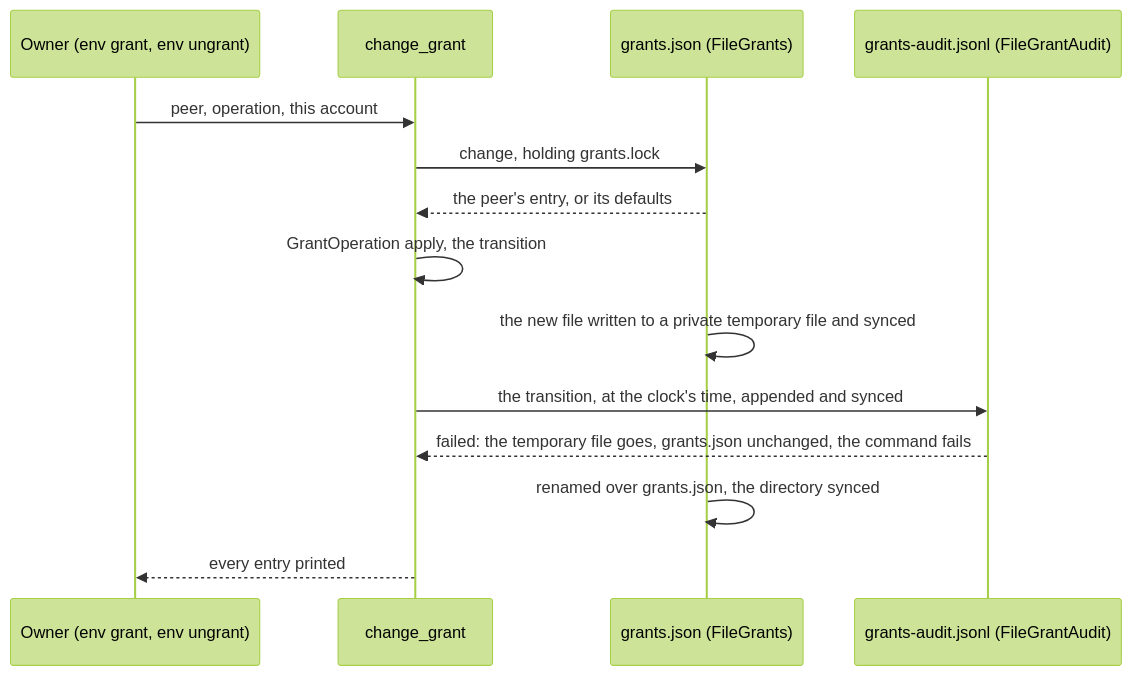
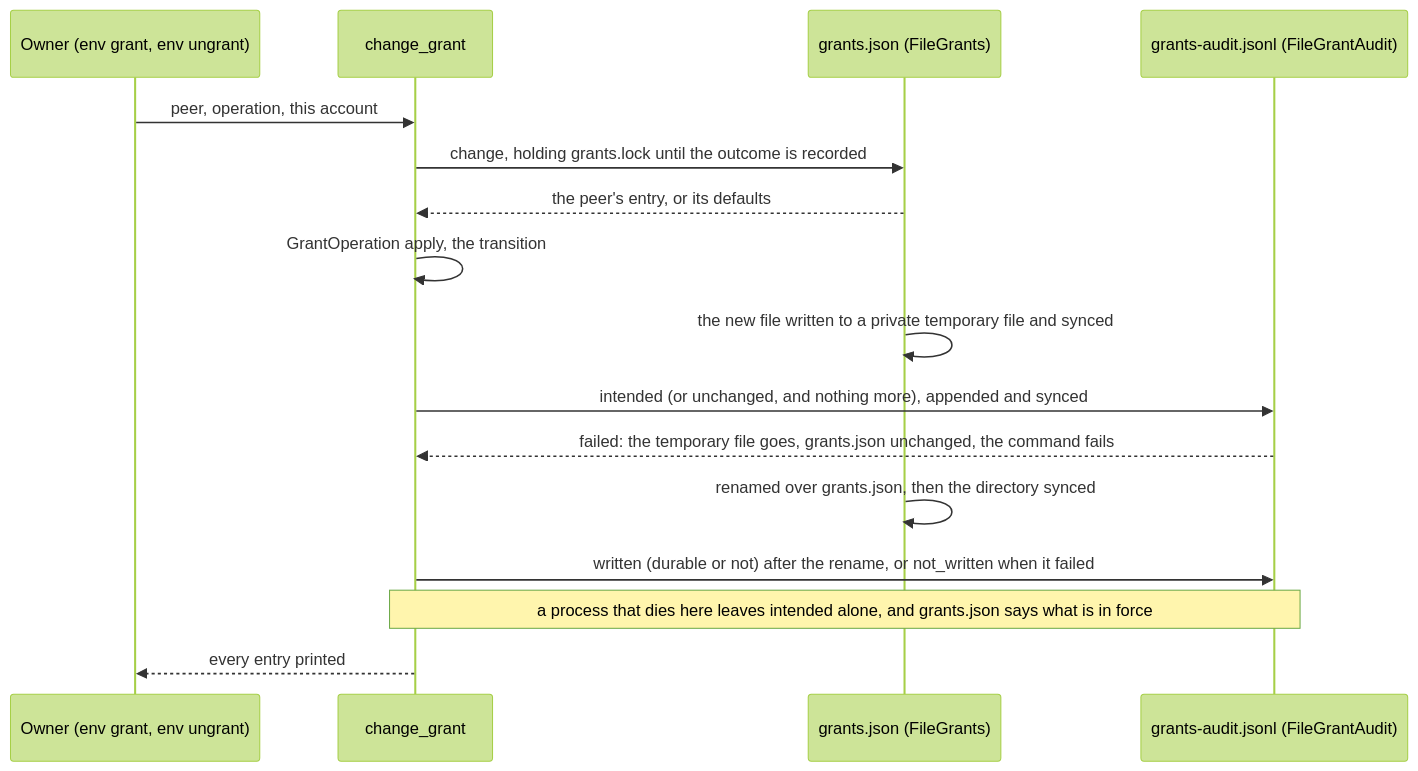
One commit to nessalabs/nessa-agent changed the fifth of 8 diagrams in docs/design/auth/peer-gateways.md. Above: the diagram before and after it, drawn with Mermaid (forest theme). The commit also changed other lines of this file and 6 other files, not shown here.

First line of the commit message:
Audit each grant change as intended, then written or not, under the lock (part 1d)

````diff
--- a/docs/design/auth/peer-gateways.md
+++ b/docs/design/auth/peer-gateways.md
@@ -417,16 +424,18 @@
 ```mermaid
 sequenceDiagram
     participant O as Owner (env grant, env ungrant)
     participant A as change_grant
     participant F as grants.json (FileGrants)
     participant J as grants-audit.jsonl (FileGrantAudit)
     O->>A: peer, operation, this account
-    A->>F: change, holding grants.lock
+    A->>F: change, holding grants.lock until the outcome is recorded
     F-->>A: the peer's entry, or its defaults
     A->>A: GrantOperation apply, the transition
     F->>F: the new file written to a private temporary file and synced
-    A->>J: the transition, at the clock's time, appended and synced
+    A->>J: intended (or unchanged, and nothing more), appended and synced
     J-->>A: failed: the temporary file goes, grants.json unchanged, the command fails
-    F->>F: renamed over grants.json, the directory synced
+    F->>F: renamed over grants.json, then the directory synced
+    A->>J: written (durable or not) after the rename, or not_written when it failed
+    Note over A,J: a process that dies here leaves intended alone, and grants.json says what is in force
     A-->>O: every entry printed
 ```
````
